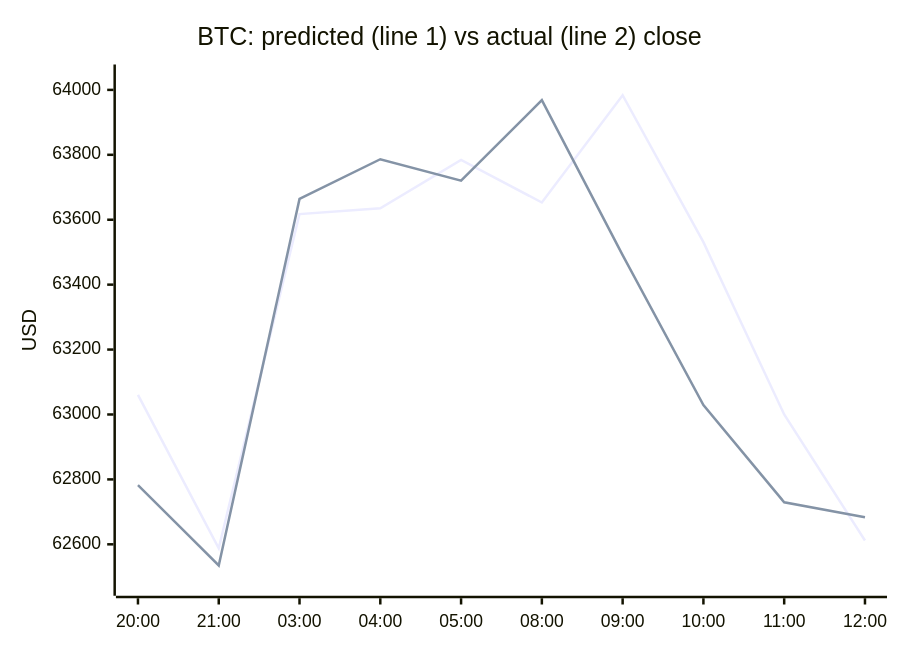
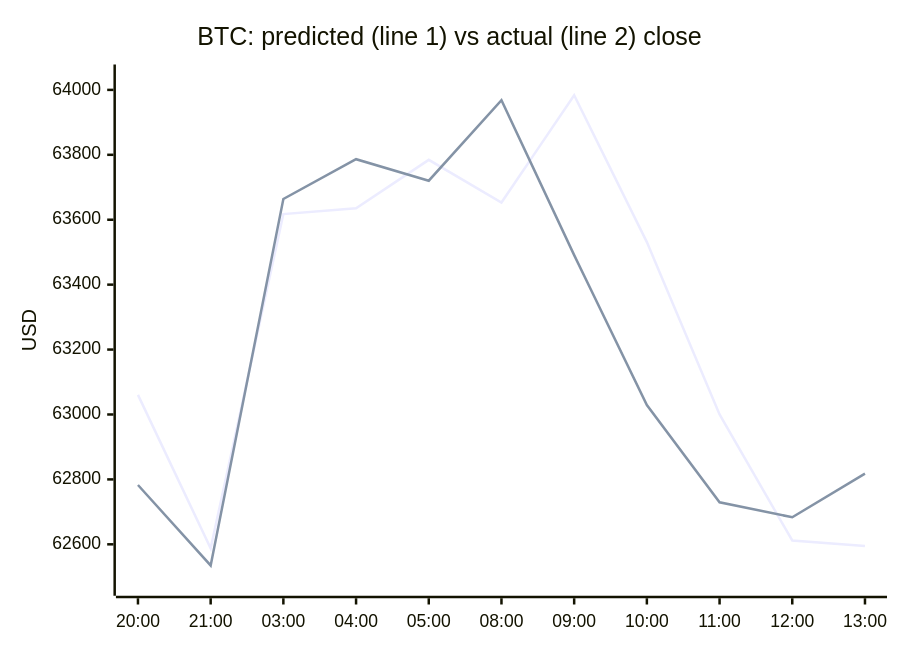
The first of 4 diagrams in README.md (samuelkreitl-wq/crypto-hourly-forecaster), drawn with Mermaid before and after one commit. The commit also changed other lines of this file and 14 other files, not shown here.

````diff
--- a/README.md
+++ b/README.md
@@ -38,8 +38,8 @@
 ```mermaid
 xychart-beta
     title "BTC: predicted (line 1) vs actual (line 2) close"
-    x-axis ["20:00", "21:00", "03:00", "04:00", "05:00", "08:00", "09:00", "10:00", "11:00", "12:00"]
+    x-axis ["20:00", "21:00", "03:00", "04:00", "05:00", "08:00", "09:00", "10:00", "11:00", "12:00", "13:00"]
     y-axis "USD" 62472.3651 --> 64047.4023
-    line [63060.3716, 62587.6439, 63617.4254, 63635.2318, 63784.5035, 63653.0941, 63983.4189, 63531.0235, 63000.0108, 62611.7840]
-    line [62782.7000, 62534.9000, 63664.0000, 63786.4000, 63720.2000, 63968.3000, 63491.0000, 63028.9000, 62729.5000, 62683.5000]
+    line [63060.3716, 62587.6439, 63617.4254, 63635.2318, 63784.5035, 63653.0941, 63983.4189, 63531.0235, 63000.0108, 62611.7840, 62594.5179]
+    line [62782.7000, 62534.9000, 63664.0000, 63786.4000, 63720.2000, 63968.3000, 63491.0000, 63028.9000, 62729.5000, 62683.5000, 62817.6000]
 ```
````
